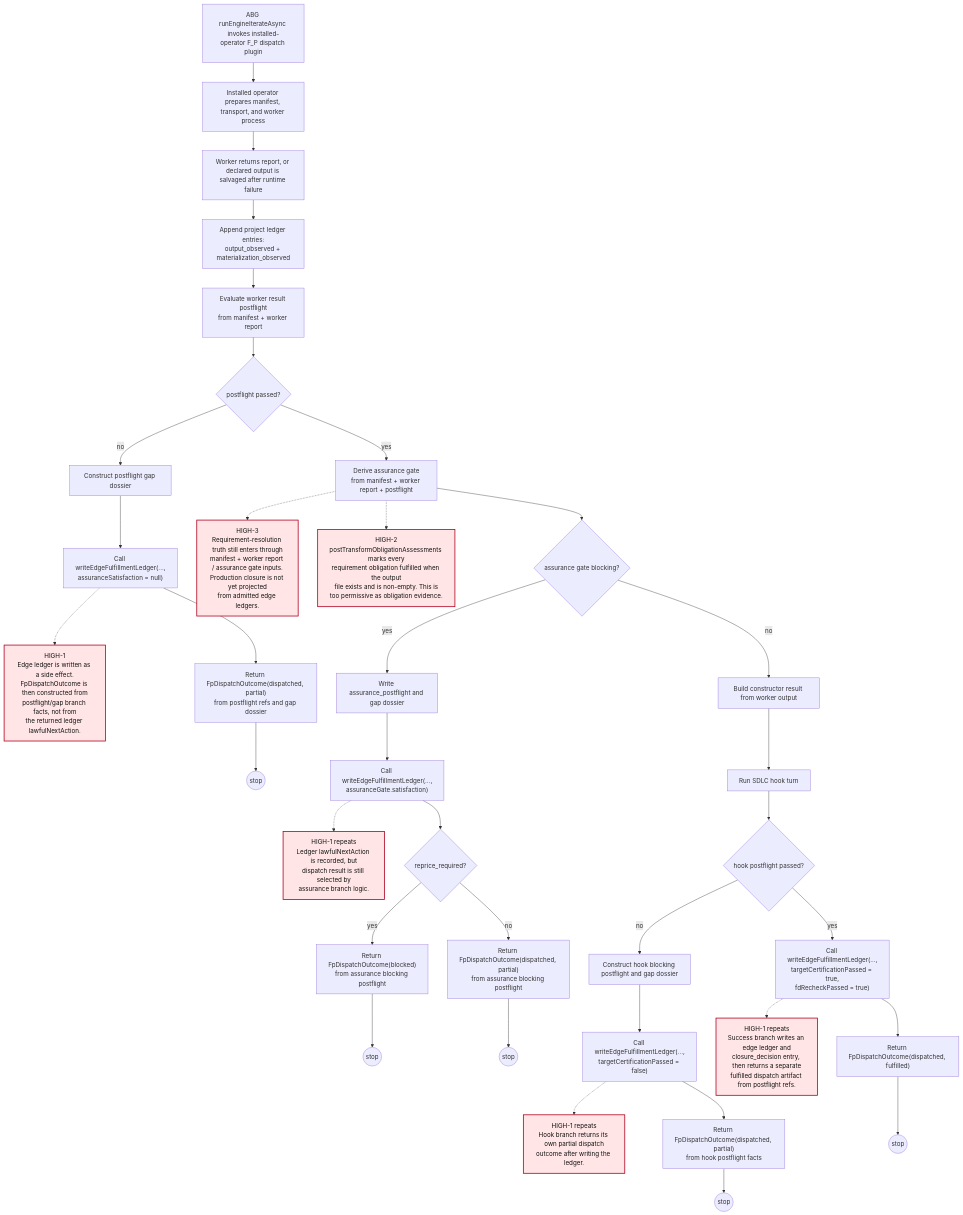
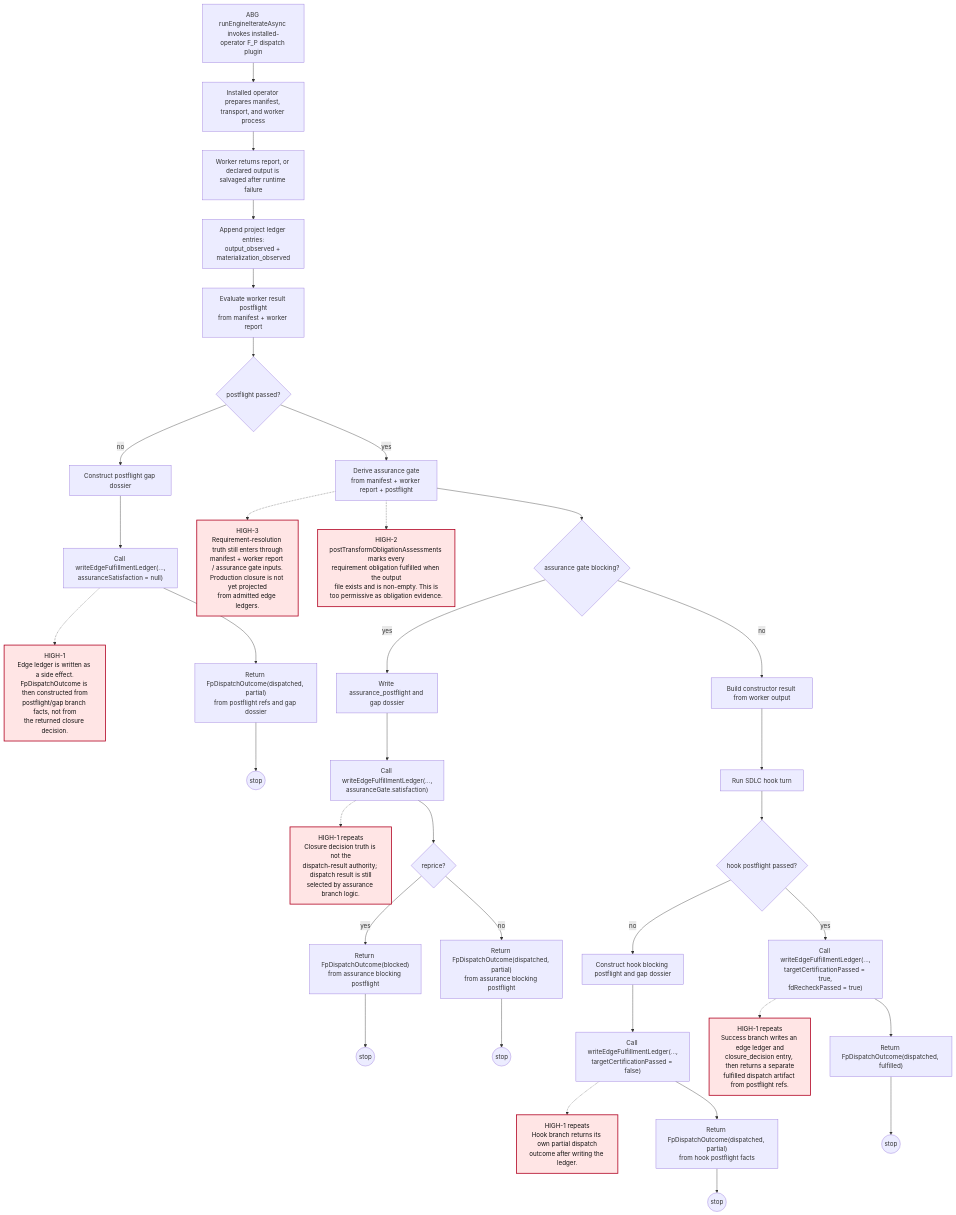
Before and after one commit to foolishimp/odd_sdlc: the first of 3 diagrams in .ai-workspace/tickets/active/T-109-publish-authoritative-edge-ledger-lineage-chain-for-typescript-traversal-parity.md, drawn with Mermaid. The commit also changed other lines of this file and 27 other files, not shown here.

````diff
--- a/.ai-workspace/tickets/active/T-109-publish-authoritative-edge-ledger-lineage-chain-for-typescript-traversal-parity.md
+++ b/.ai-workspace/tickets/active/T-109-publish-authoritative-edge-ledger-lineage-chain-for-typescript-traversal-parity.md
@@ -955,49 +971,49 @@
 ```mermaid
 flowchart TD
   A["ABG runEngineIterateAsync invokes installed-operator F_P dispatch plugin"]
   B["Installed operator prepares manifest, transport, and worker process"]
   C["Worker returns report, or declared output is salvaged after runtime failure"]
   D["Append project ledger entries:<br/>output_observed + materialization_observed"]
   E["Evaluate worker result postflight<br/>from manifest + worker report"]
   F{"postflight passed?"}
 
   A --> B --> C --> D --> E --> F
 
   F -- "no" --> G["Construct postflight gap dossier"]
   G --> H["Call writeEdgeFulfillmentLedger(...,<br/>assuranceSatisfaction = null)"]
-  H -.-> H1["HIGH-1<br/>Edge ledger is written as a side effect.<br/>FpDispatchOutcome is then constructed from<br/>postflight/gap branch facts, not from<br/>the returned ledger lawfulNextAction."]
+  H -.-> H1["HIGH-1<br/>Edge ledger is written as a side effect.<br/>FpDispatchOutcome is then constructed from<br/>postflight/gap branch facts, not from<br/>the returned closure decision."]
   H --> I["Return FpDispatchOutcome(dispatched, partial)<br/>from postflight refs and gap dossier"]
   I --> Z1(("stop"))
 
   F -- "yes" --> J["Derive assurance gate<br/>from manifest + worker report + postflight"]
   J -.-> H3["HIGH-3<br/>Requirement-resolution truth still enters through<br/>manifest + worker report / assurance gate inputs.<br/>Production closure is not yet projected<br/>from admitted edge ledgers."]
   J -.-> H2["HIGH-2<br/>postTransformObligationAssessments marks every<br/>requirement obligation fulfilled when the output<br/>file exists and is non-empty. This is<br/>too permissive as obligation evidence."]
   J --> K{"assurance gate blocking?"}
 
   K -- "yes" --> L["Write assurance_postflight and gap dossier"]
   L --> M["Call writeEdgeFulfillmentLedger(...,<br/>assuranceGate.satisfaction)"]
-  M -.-> H1B["HIGH-1 repeats<br/>Ledger lawfulNextAction is recorded, but<br/>dispatch result is still selected by<br/>assurance branch logic."]
-  M --> N{"reprice_required?"}
+  M -.-> H1B["HIGH-1 repeats<br/>Closure decision truth is not the<br/>dispatch-result authority; dispatch result is still<br/>selected by assurance branch logic."]
+  M --> N{"reprice?"}
   N -- "yes" --> O["Return FpDispatchOutcome(blocked)<br/>from assurance blocking postflight"]
   N -- "no" --> P["Return FpDispatchOutcome(dispatched, partial)<br/>from assurance blocking postflight"]
   O --> Z2(("stop"))
   P --> Z3(("stop"))
 
   K -- "no" --> Q["Build constructor result from worker output"]
   Q --> R["Run SDLC hook turn"]
   R --> S{"hook postflight passed?"}
 
   S -- "no" --> T["Construct hook blocking postflight and gap dossier"]
   T --> U["Call writeEdgeFulfillmentLedger(...,<br/>targetCertificationPassed = false)"]
   U -.-> H1C["HIGH-1 repeats<br/>Hook branch returns its own partial dispatch<br/>outcome after writing the ledger."]
   U --> V["Return FpDispatchOutcome(dispatched, partial)<br/>from hook postflight facts"]
   V --> Z4(("stop"))
 
   S -- "yes" --> W["Call writeEdgeFulfillmentLedger(...,<br/>targetCertificationPassed = true,<br/>fdRecheckPassed = true)"]
   W -.-> H1D["HIGH-1 repeats<br/>Success branch writes an edge ledger and<br/>closure_decision entry, then returns a separate<br/>fulfilled dispatch artifact from postflight refs."]
   W --> X["Return FpDispatchOutcome(dispatched, fulfilled)"]
   X --> Z5(("stop"))
 
   classDef high fill:#ffe5e5,stroke:#b00020,color:#111,stroke-width:2px;
   class H1,H1B,H1C,H1D,H2,H3 high;
 ```
````
